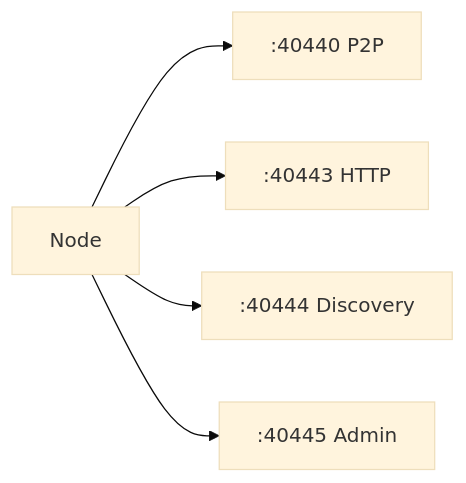
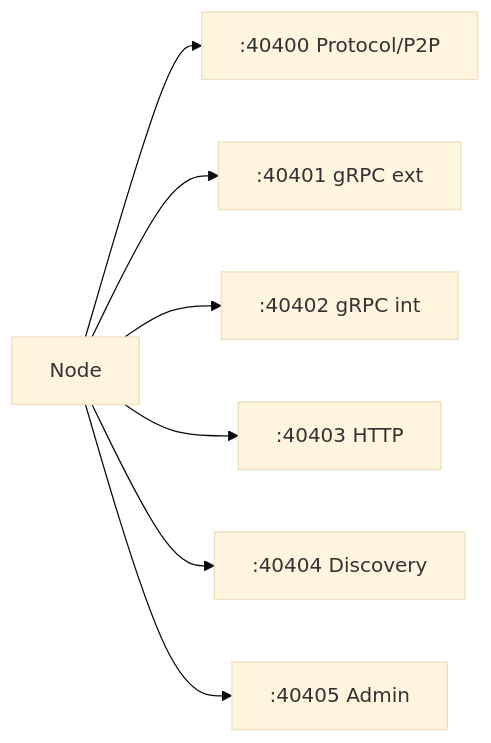
Before and after one commit to asi-alliance/asi-chain-docs-portal: the second of 2 diagrams in architecture/network-topology/index.md, drawn with Mermaid (base theme). The commit also changed other lines of this file and 16 other files, not shown here.

````diff
--- a/architecture/network-topology/index.md
+++ b/architecture/network-topology/index.md
@@ -76,7 +83,9 @@
 ```mermaid
 graph LR
-    N[Node] --> P1[":40440 P2P"]
-    N --> P2[":40443 HTTP"]
-    N --> P3[":40444 Discovery"]
-    N --> P4[":40445 Admin"]
+    N[Node] --> P1[":40400 Protocol/P2P"]
+    N --> P2[":40401 gRPC ext"]
+    N --> P3[":40402 gRPC int"]
+    N --> P4[":40403 HTTP"]
+    N --> P5[":40404 Discovery"]
+    N --> P6[":40405 Admin"]
 ```
````
